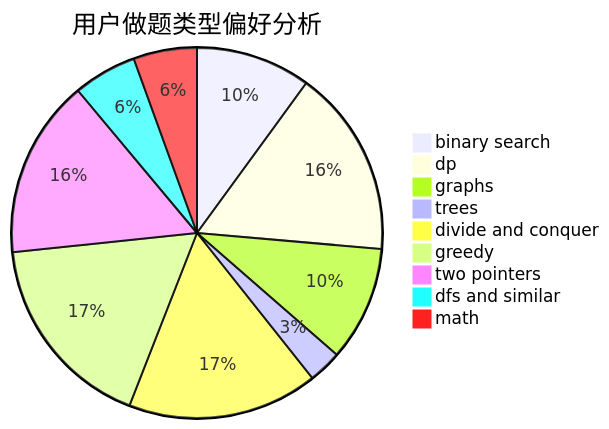
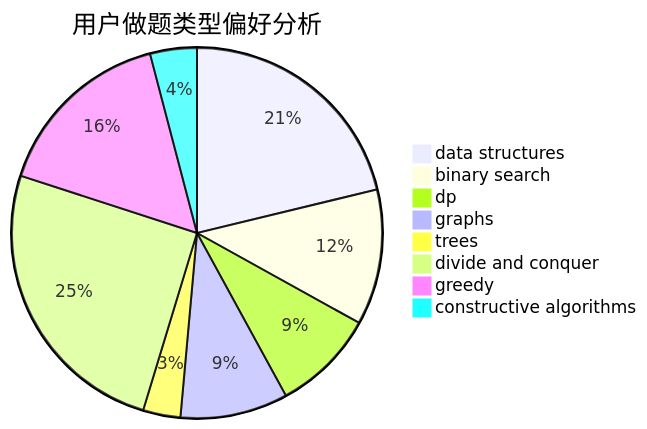
Before and after one commit to sherpahu/cfrs.github.io: the second of 3 diagrams in docs/user/u1621.md, drawn with Mermaid. The commit also changed other lines of this file and 2775 other files, not shown here.

````diff
--- a/docs/user/u1621.md
+++ b/docs/user/u1621.md
@@ -23,12 +23,11 @@
 ```mermaid
 pie title 用户做题类型偏好分析
-    "binary search" :  38
-    "dp" :  62
-    "graphs" :  38
-    "trees" :  11
-    "divide and conquer" :  63
-    "greedy" :  66
-    "two pointers" :  59
-    "dfs and similar" :  21
-    "math" :  21
+    "data structures" :  52
+    "binary search" :  29
+    "dp" :  22
+    "graphs" :  23
+    "trees" :  8
+    "divide and conquer" :  62
+    "greedy" :  39
+    "constructive algorithms" :  10
 ```
````
